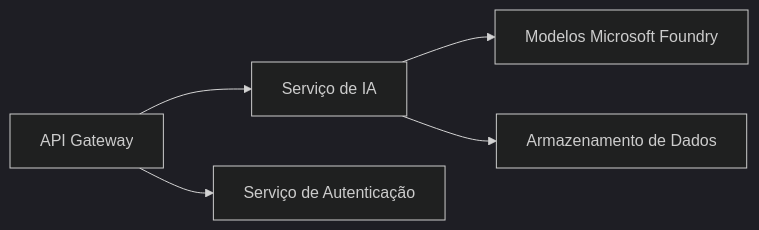
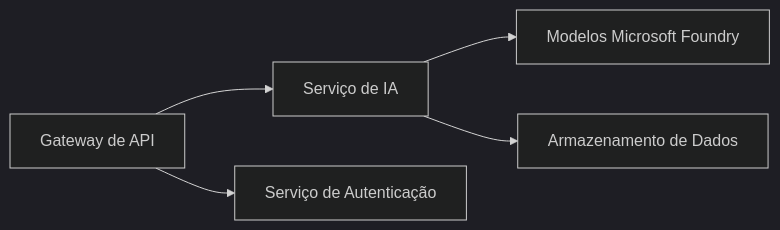
Before and after one commit to microsoft/AZD-for-beginners: the first of 2 diagrams in translations/pt-PT/docs/chapter-08-production/README.md, drawn with Mermaid (dark theme). The commit also changed other lines of this file and 101 other files, not shown here.

````diff
--- a/translations/pt-PT/docs/chapter-08-production/README.md
+++ b/translations/pt-PT/docs/chapter-08-production/README.md
@@ -46,6 +48,6 @@
 ```mermaid
 graph LR
-    Gateway[API Gateway] --> AI[Serviço de IA] --> Models[Modelos Microsoft Foundry]
+    Gateway[Gateway de API] --> AI[Serviço de IA] --> Models[Modelos Microsoft Foundry]
     Gateway --> Auth[Serviço de Autenticação]
     AI --> Data[Armazenamento de Dados]
 ```
````
